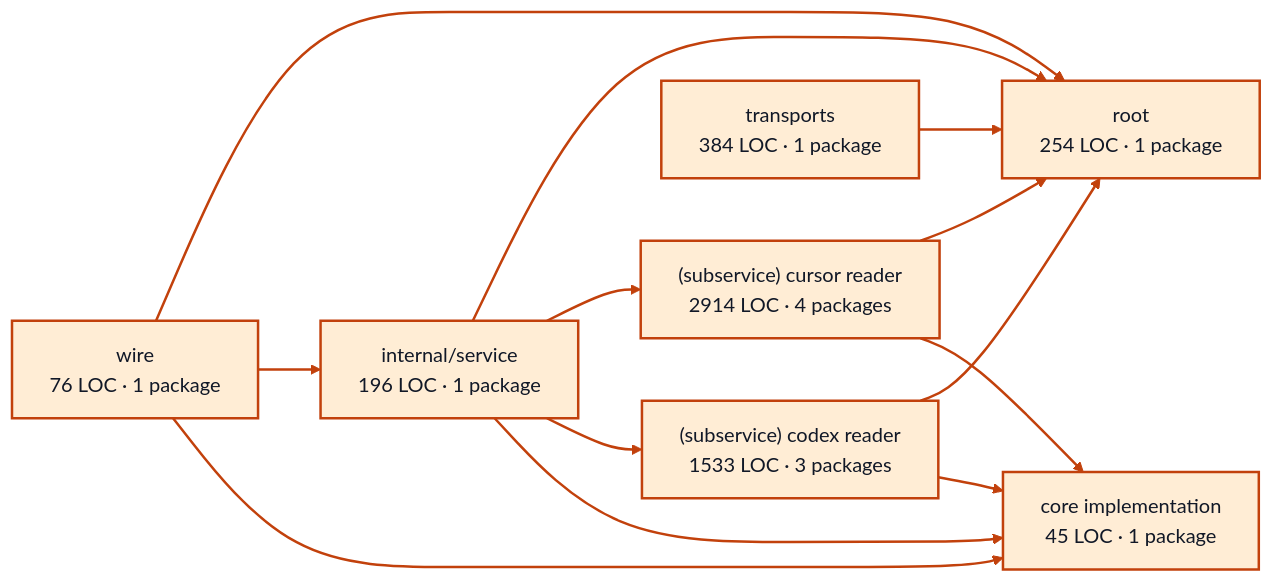
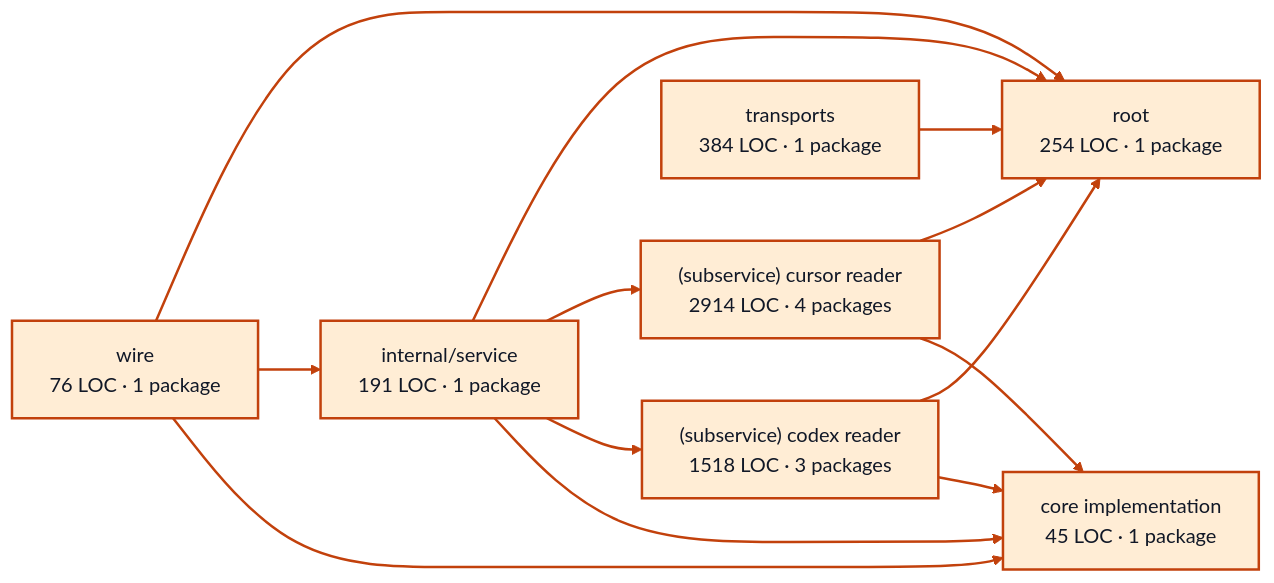
The diagram in docs/architecture/visualizations/services/provider_sessions.md (portpowered/you-agent-factory), drawn with Mermaid before and after one commit. The commit also changed other lines of this file and 20 other files, not shown here.

Commit message:
docs: refresh backend architecture visualizations

````diff
--- a/docs/architecture/visualizations/services/provider_sessions.md
+++ b/docs/architecture/visualizations/services/provider_sessions.md
@@ -11,30 +11,30 @@
 ```mermaid
 flowchart LR
   p0["core implementation<br/>45 LOC · 1 package"]
-  p1["internal/service<br/>196 LOC · 1 package"]
-  p2["(subservice) codex reader<br/>1533 LOC · 3 packages"]
+  p1["internal/service<br/>191 LOC · 1 package"]
+  p2["(subservice) codex reader<br/>1518 LOC · 3 packages"]
   p3["(subservice) cursor reader<br/>2914 LOC · 4 packages"]
   p4["root<br/>254 LOC · 1 package"]
   p5["transports<br/>384 LOC · 1 package"]
   p6["wire<br/>76 LOC · 1 package"]
   p1 --> p0
   p1 --> p2
   p1 --> p3
   p1 --> p4
   p2 --> p0
   p2 --> p4
   p3 --> p0
   p3 --> p4
   p5 --> p4
   p6 --> p0
   p6 --> p1
   p6 --> p4
   style p0 fill:#ffedd5,stroke:#c2410c,stroke-width:2px,color:#111827
   style p1 fill:#ffedd5,stroke:#c2410c,stroke-width:2px,color:#111827
   style p2 fill:#ffedd5,stroke:#c2410c,stroke-width:2px,color:#111827
   style p3 fill:#ffedd5,stroke:#c2410c,stroke-width:2px,color:#111827
   style p4 fill:#ffedd5,stroke:#c2410c,stroke-width:2px,color:#111827
   style p5 fill:#ffedd5,stroke:#c2410c,stroke-width:2px,color:#111827
   style p6 fill:#ffedd5,stroke:#c2410c,stroke-width:2px,color:#111827
   linkStyle default stroke:#c2410c,stroke-width:2px
 ```
````
